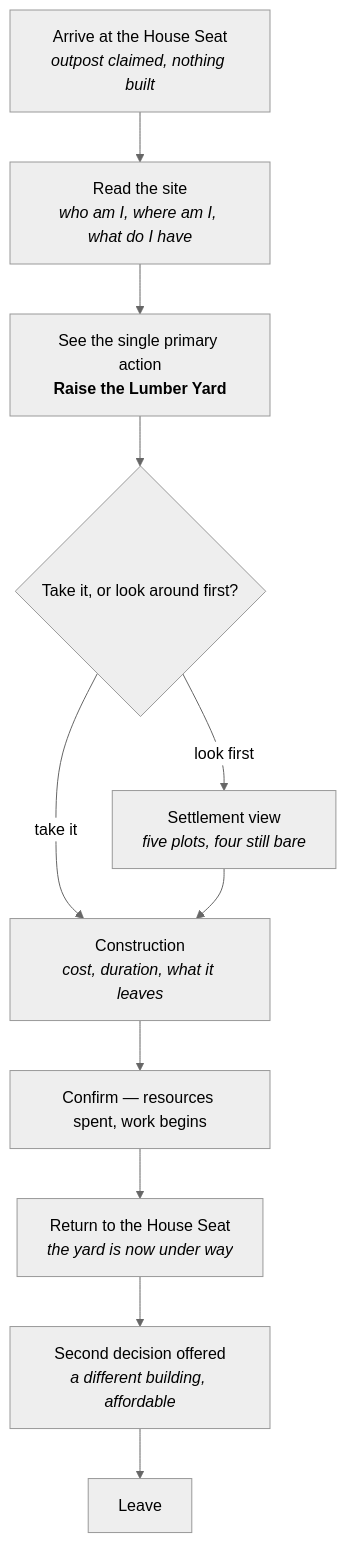
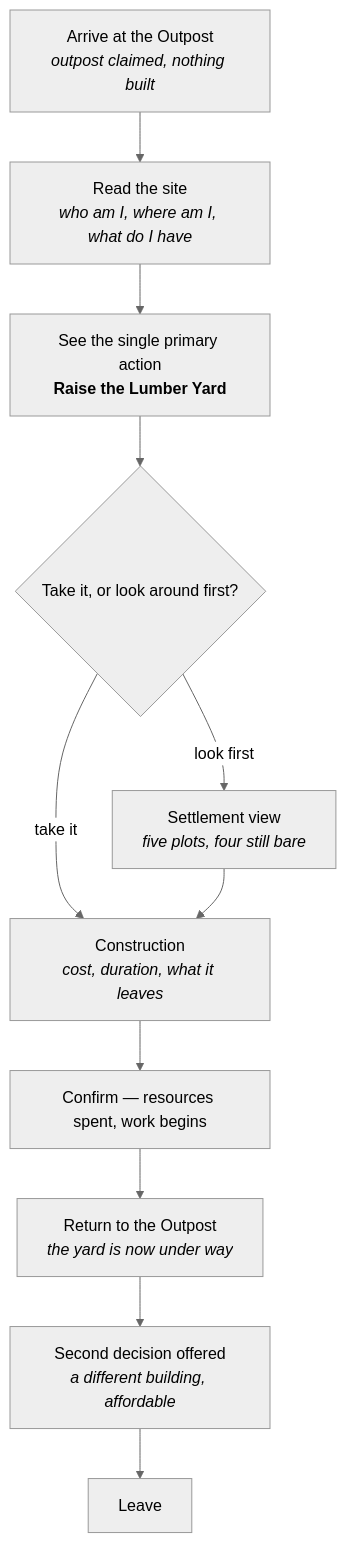
Before and after one commit to luisfpires18/woo-runeforging: the first of 3 diagrams in docs/design/JOURNEYS.md, drawn with Mermaid (neutral theme). The commit also changed other lines of this file and 56 other files, not shown here.

````diff
--- a/docs/design/JOURNEYS.md
+++ b/docs/design/JOURNEYS.md
@@ -18,18 +18,18 @@
 ```mermaid
 flowchart TD
-    A["Arrive at the House Seat<br/><i>outpost claimed, nothing built</i>"]
+    A["Arrive at the Outpost<br/><i>outpost claimed, nothing built</i>"]
     B["Read the site<br/><i>who am I, where am I, what do I have</i>"]
     C["See the single primary action<br/><b>Raise the Lumber Yard</b>"]
     D{"Take it, or look around first?"}
     E["Settlement view<br/><i>five plots, four still bare</i>"]
     F["Construction<br/><i>cost, duration, what it leaves</i>"]
     G["Confirm — resources spent, work begins"]
-    H["Return to the House Seat<br/><i>the yard is now under way</i>"]
+    H["Return to the Outpost<br/><i>the yard is now under way</i>"]
     I["Second decision offered<br/><i>a different building, affordable</i>"]
     J["Leave"]
 
     A --> B --> C --> D
     D -->|"take it"| F
     D -->|"look first"| E --> F
     F --> G --> H --> I --> J
 ```
````
